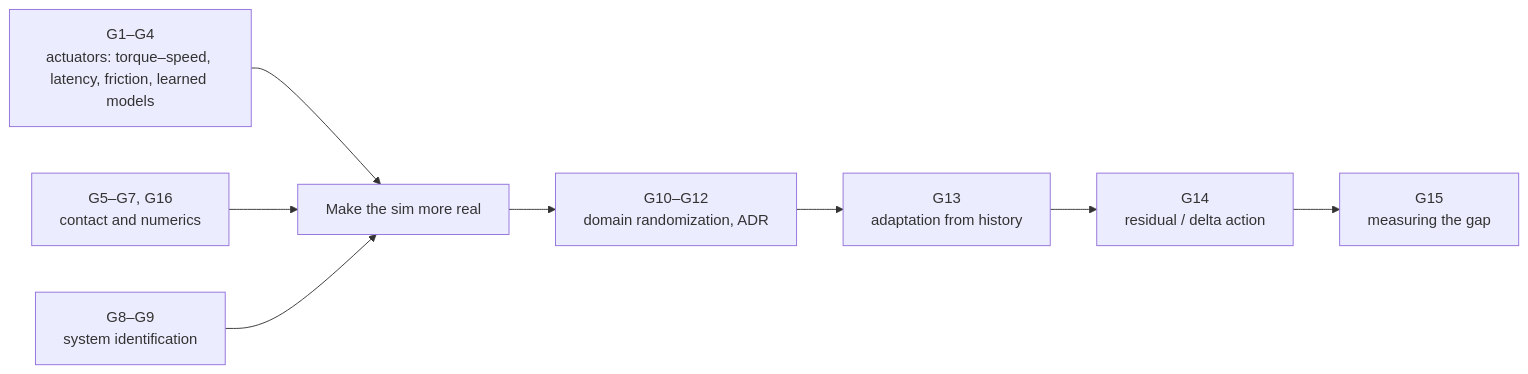
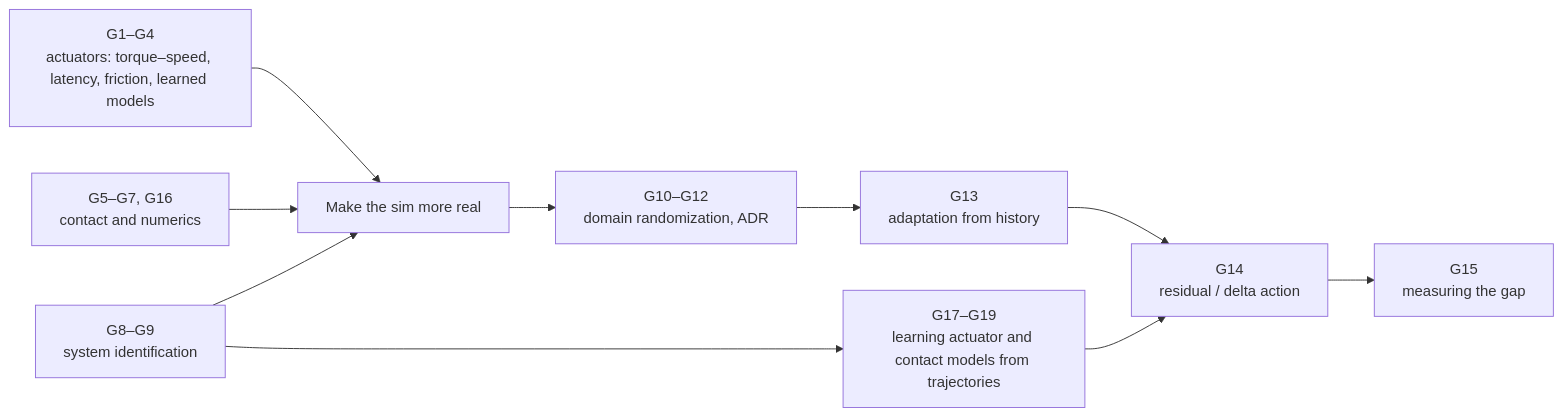
One commit to waxz/research changed the diagram in sim2real/cookbook/COOKBOOK.md. Above: the diagram before and after it, drawn with Mermaid. The commit also changed other lines of this file and 14 other files, not shown here.

First line of the commit message:
sim2real: review learned and differentiable actuator and contact models

````diff
--- a/sim2real/cookbook/COOKBOOK.md
+++ b/sim2real/cookbook/COOKBOOK.md
@@ -7,10 +7,12 @@
 ```mermaid
 flowchart LR
   A["G1–G4<br/>actuators: torque–speed, latency, friction, learned models"] --> M["Make the sim more real"]
   C["G5–G7, G16<br/>contact and numerics"] --> M
   I["G8–G9<br/>system identification"] --> M
   M --> R["G10–G12<br/>domain randomization, ADR"]
   R --> D["G13<br/>adaptation from history"]
   D --> X["G14<br/>residual / delta action"]
   X --> E["G15<br/>measuring the gap"]
+  I --> T["G17–G19<br/>learning actuator and contact models from trajectories"]
+  T --> X
 ```
````
